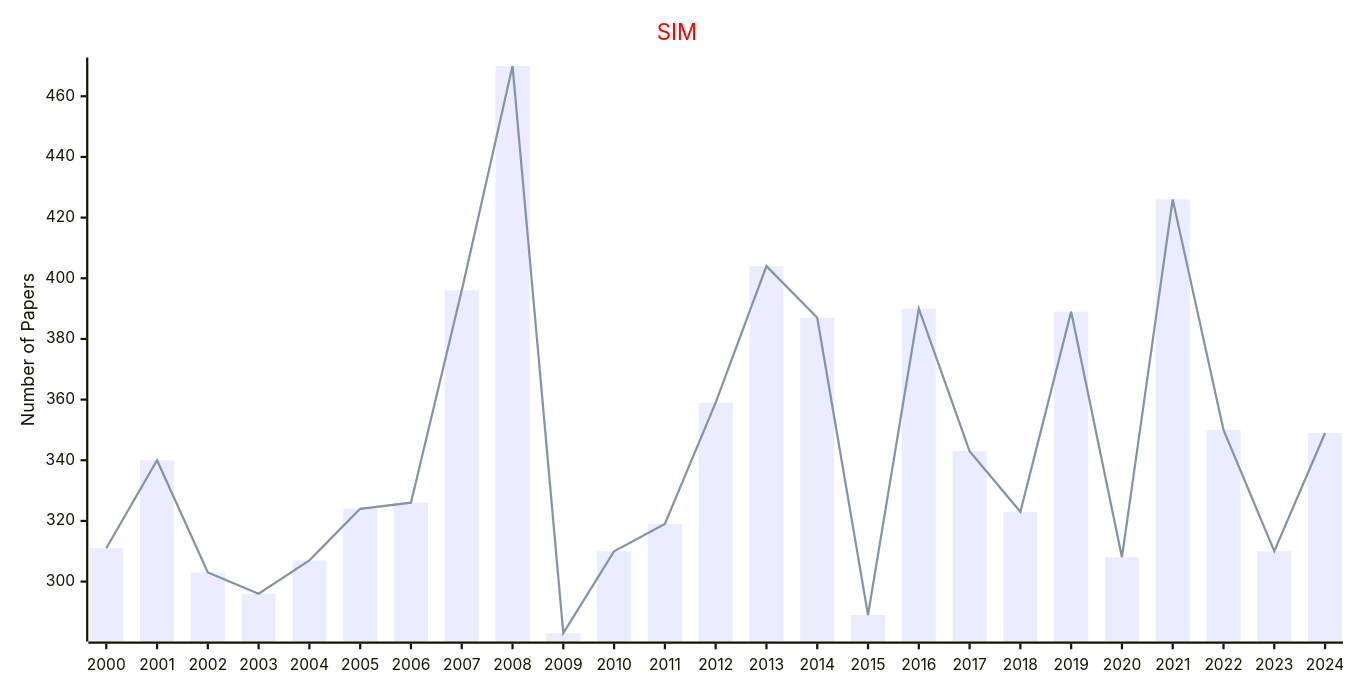
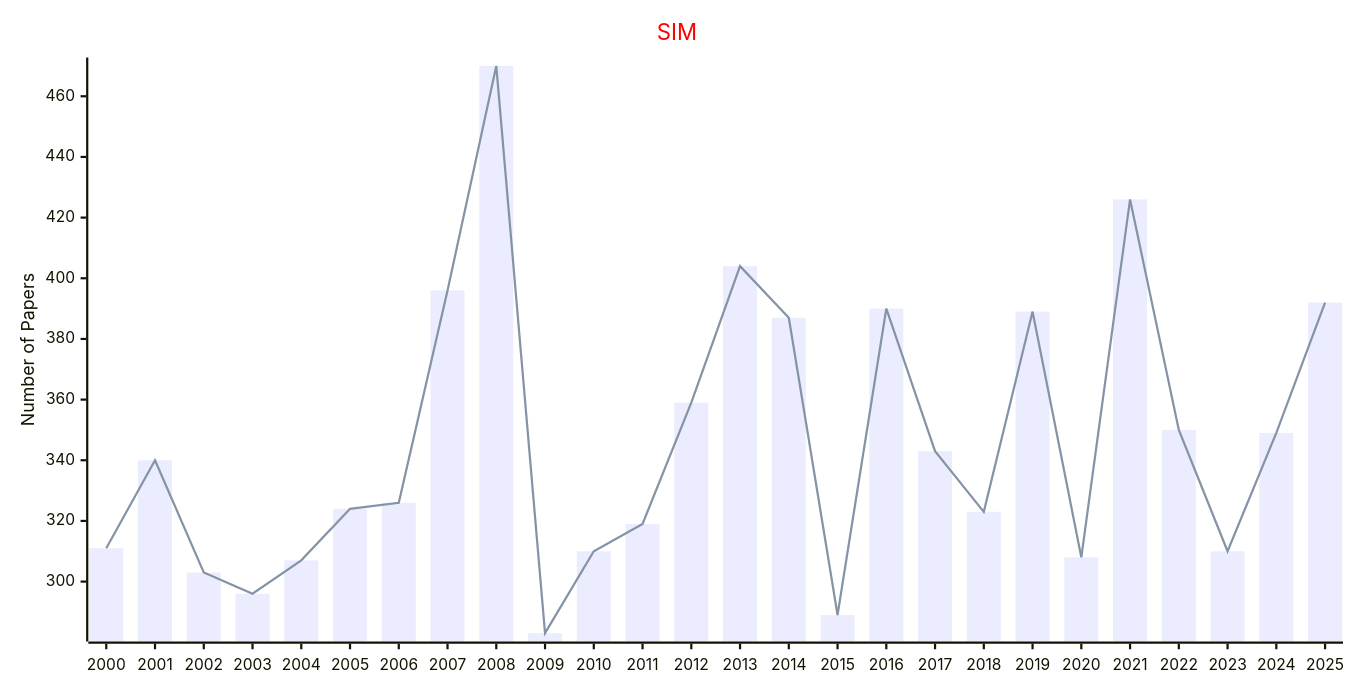
The second of 2 diagrams in docs/data/Journals/Statistics_Journals/Medicine.md (Easy-PhD/AILinks), drawn with Mermaid before and after one commit. The commit also changed other lines of this file and 107 other files, not shown here.

````diff
--- a/docs/data/Journals/Statistics_Journals/Medicine.md
+++ b/docs/data/Journals/Statistics_Journals/Medicine.md
@@ -33,17 +33,17 @@
 ```mermaid
 ---
 config:
     xyChart:
         width: 1200
         height: 600
     themeVariables:
         xyChart:
             titleColor: "#ff0000"
 ---
 xychart-beta
     title "SIM"
-    x-axis [2000, 2001, 2002, 2003, 2004, 2005, 2006, 2007, 2008, 2009, 2010, 2011, 2012, 2013, 2014, 2015, 2016, 2017, 2018, 2019, 2020, 2021, 2022, 2023, 2024]
+    x-axis [2000, 2001, 2002, 2003, 2004, 2005, 2006, 2007, 2008, 2009, 2010, 2011, 2012, 2013, 2014, 2015, 2016, 2017, 2018, 2019, 2020, 2021, 2022, 2023, 2024, 2025]
     y-axis "Number of Papers"
-    bar [311, 340, 303, 296, 307, 324, 326, 396, 470, 283, 310, 319, 359, 404, 387, 289, 390, 343, 323, 389, 308, 426, 350, 310, 349]
-    line [311, 340, 303, 296, 307, 324, 326, 396, 470, 283, 310, 319, 359, 404, 387, 289, 390, 343, 323, 389, 308, 426, 350, 310, 349]
+    bar [311, 340, 303, 296, 307, 324, 326, 396, 470, 283, 310, 319, 359, 404, 387, 289, 390, 343, 323, 389, 308, 426, 350, 310, 349, 392]
+    line [311, 340, 303, 296, 307, 324, 326, 396, 470, 283, 310, 319, 359, 404, 387, 289, 390, 343, 323, 389, 308, 426, 350, 310, 349, 392]
 ```
````
